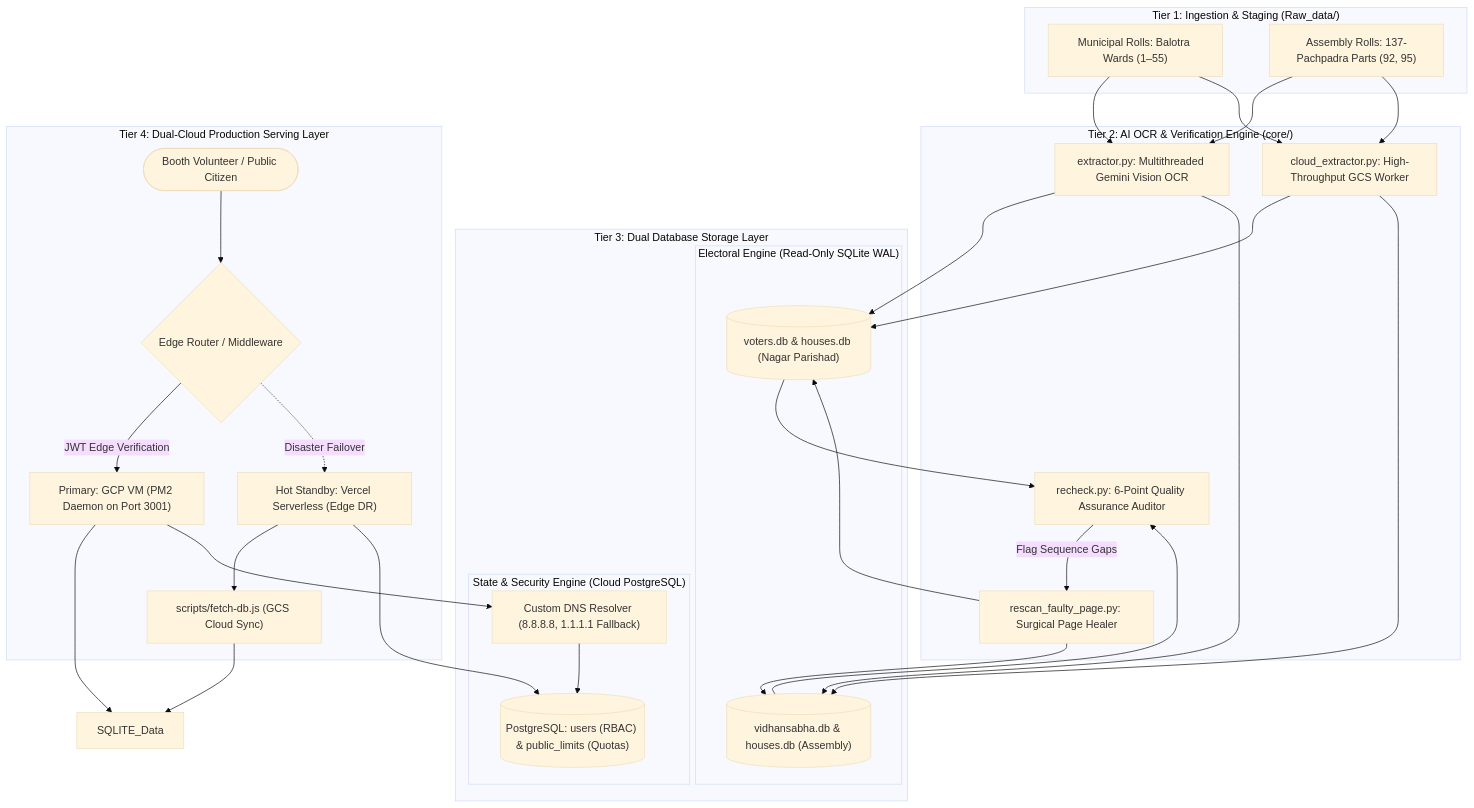
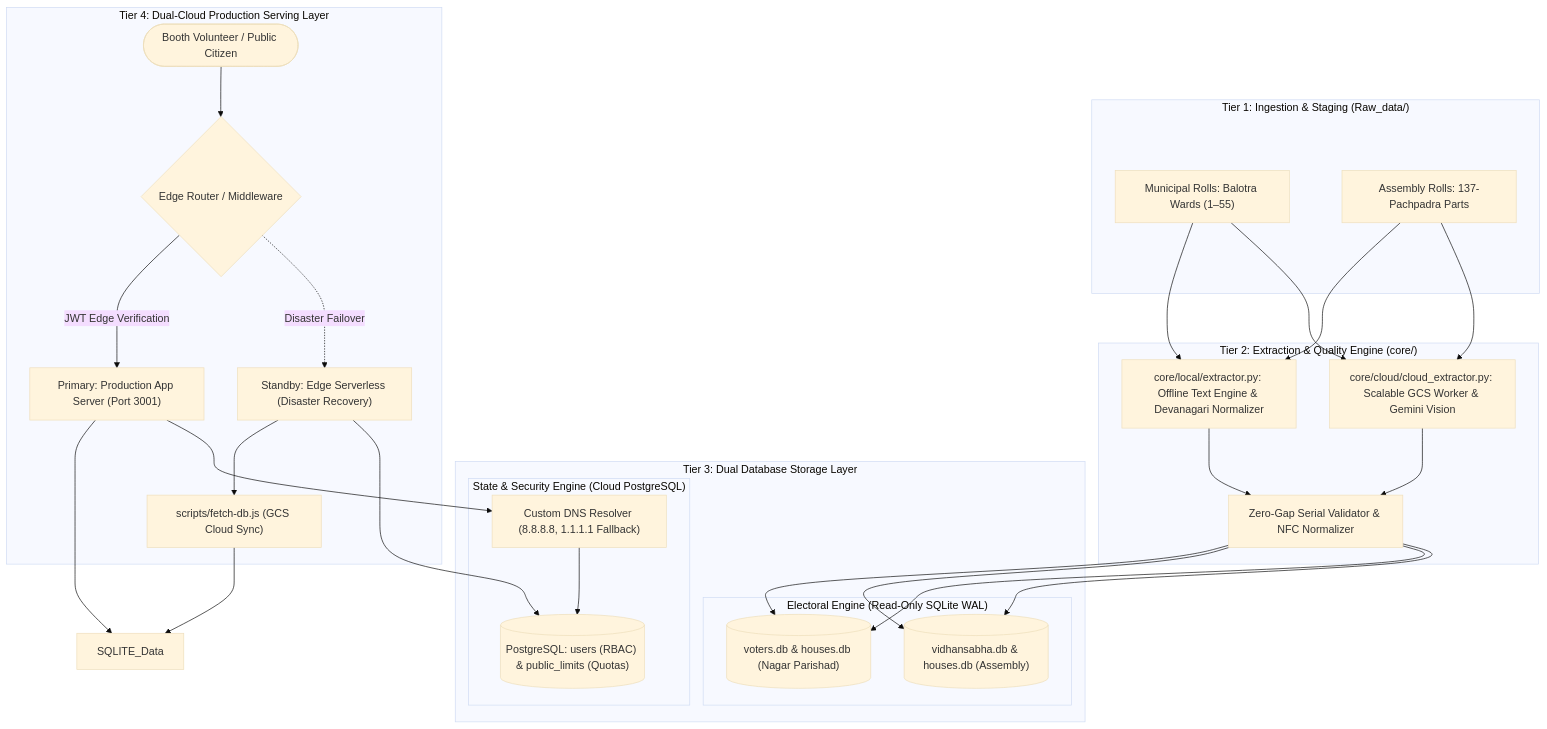
Before and after one commit to Shagarwal07/Voter_scrap: the first of 3 diagrams in README.md, drawn with Mermaid (base theme). The commit also changed other lines of this file and 10 other files, not shown here.

Commit message:
refactor(core): streamline offline extractor, embed Devanagari normalization, and update docs

````diff
--- a/README.md
+++ b/README.md
@@ -53,53 +53,48 @@
 ```mermaid
 flowchart TD
     subgraph Tier1["Tier 1: Ingestion & Staging (Raw_data/)"]
         PDF_NP["Municipal Rolls: Balotra Wards (1–55)"]
-        PDF_VS["Assembly Rolls: 137-Pachpadra Parts (92, 95)"]
+        PDF_VS["Assembly Rolls: 137-Pachpadra Parts"]
     end
 
-    subgraph Tier2["Tier 2: AI OCR & Verification Engine (core/)"]
-        LOCAL_EXT["extractor.py: Multithreaded Gemini Vision OCR"]
-        CLOUD_EXT["cloud_extractor.py: High-Throughput GCS Worker"]
-        HEALER["rescan_faulty_page.py: Surgical Page Healer"]
-        AUDIT["recheck.py: 6-Point Quality Assurance Auditor"]
+    subgraph Tier2["Tier 2: Extraction & Quality Engine (core/)"]
+        LOCAL_EXT["core/local/extractor.py: Offline Text Engine & Devanagari Normalizer"]
+        CLOUD_EXT["core/cloud/cloud_extractor.py: Scalable GCS Worker & Gemini Vision"]
+        AUDIT["Zero-Gap Serial Validator & NFC Normalizer"]
     end
 
     subgraph Tier3["Tier 3: Dual Database Storage Layer"]
         subgraph SQLite_Data["Electoral Engine (Read-Only SQLite WAL)"]
             SQLITE_NP[("voters.db & houses.db (Nagar Parishad)")]
             SQLITE_VS[("vidhansabha.db & houses.db (Assembly)")]
         end
         subgraph Postgres_Auth["State & Security Engine (Cloud PostgreSQL)"]
             PG_AUTH[("PostgreSQL: users (RBAC) & public_limits (Quotas)")]
             DNS_FALLBACK["Custom DNS Resolver (8.8.8.8, 1.1.1.1 Fallback)"]
         end
     end
 
     subgraph Tier4["Tier 4: Dual-Cloud Production Serving Layer"]
         USER(["Booth Volunteer / Public Citizen"])
         EDGE_GATEWAY{"Edge Router / Middleware"}
-        GCP_VM["Primary: GCP VM (PM2 Daemon on Port 3001)"]
-        VERCEL["Hot Standby: Vercel Serverless (Edge DR)"]
+        PRIMARY_SRV["Primary: Production App Server (Port 3001)"]
+        EDGE_SRV["Standby: Edge Serverless (Disaster Recovery)"]
         GCS_SYNC["scripts/fetch-db.js (GCS Cloud Sync)"]
     end
 
     PDF_NP --> LOCAL_EXT & CLOUD_EXT
     PDF_VS --> LOCAL_EXT & CLOUD_EXT
 
-    LOCAL_EXT --> SQLITE_NP & SQLITE_VS
-    CLOUD_EXT --> SQLITE_NP & SQLITE_VS
-
-    SQLITE_NP & SQLITE_VS --> AUDIT
-    AUDIT -->|Flag Sequence Gaps| HEALER
-    HEALER --> SQLITE_NP & SQLITE_VS
+    LOCAL_EXT --> AUDIT --> SQLITE_NP & SQLITE_VS
+    CLOUD_EXT --> AUDIT --> SQLITE_NP & SQLITE_VS
 
     USER --> EDGE_GATEWAY
-    EDGE_GATEWAY -->|JWT Edge Verification| GCP_VM
-    EDGE_GATEWAY -.->|Disaster Failover| VERCEL
+    EDGE_GATEWAY -->|JWT Edge Verification| PRIMARY_SRV
+    EDGE_GATEWAY -.->|Disaster Failover| EDGE_SRV
 
-    GCP_VM --> SQLITE_Data
-    GCP_VM --> DNS_FALLBACK --> PG_AUTH
+    PRIMARY_SRV --> SQLITE_Data
+    PRIMARY_SRV --> DNS_FALLBACK --> PG_AUTH
 
-    VERCEL --> GCS_SYNC --> SQLITE_Data
-    VERCEL --> PG_AUTH
+    EDGE_SRV --> GCS_SYNC --> SQLITE_Data
+    EDGE_SRV --> PG_AUTH
 ```
````
